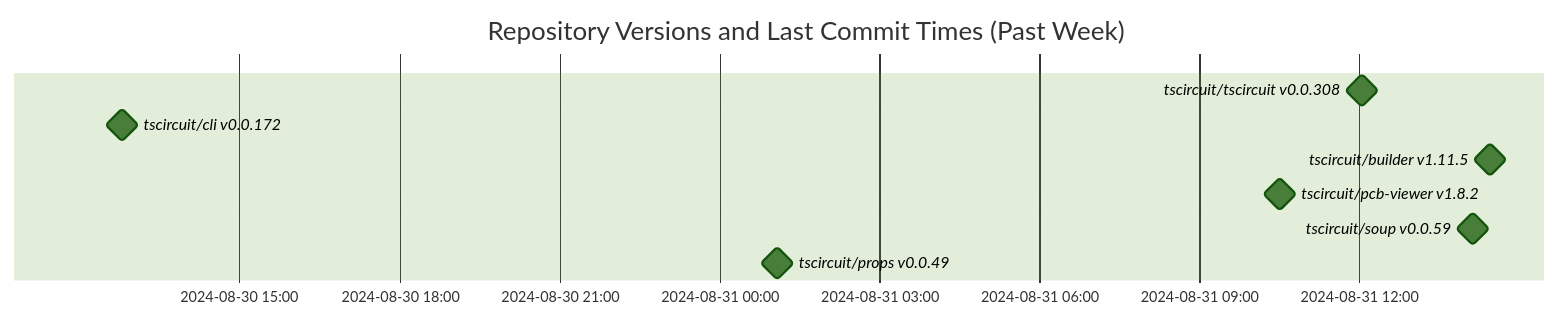
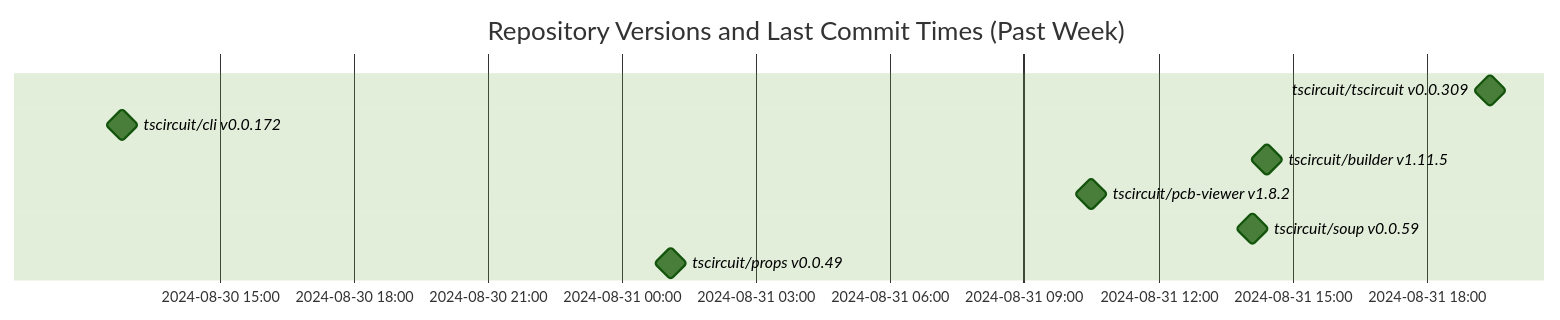
The diagram in README.md (tscircuit/version-tracker), drawn with Mermaid (forest theme) before and after one commit.

Commit message:
Update chart

````diff
--- a/README.md
+++ b/README.md
@@ -1,13 +1,13 @@
 ```mermaid
 gantt
   dateFormat  YYYY-MM-DD HH:mm:ss
   title Repository Versions and Last Commit Times (Past Week)
   axisFormat %Y-%m-%d %H:%M
 
-  tscircuit/tscircuit v0.0.308 : milestone, 2024-08-31 12:03:11, 1s
+  tscircuit/tscircuit v0.0.309 : milestone, 2024-08-31 19:25:47, 1s
   tscircuit/cli v0.0.172 : milestone, 2024-08-30 12:48:12, 1s
   tscircuit/builder v1.11.5 : milestone, 2024-08-31 14:26:36, 1s
   tscircuit/pcb-viewer v1.8.2 : milestone, 2024-08-31 10:30:56, 1s
   tscircuit/soup v0.0.59 : milestone, 2024-08-31 14:07:29, 1s
   tscircuit/props v0.0.49 : milestone, 2024-08-31 01:05:09, 1s
 ```
````
